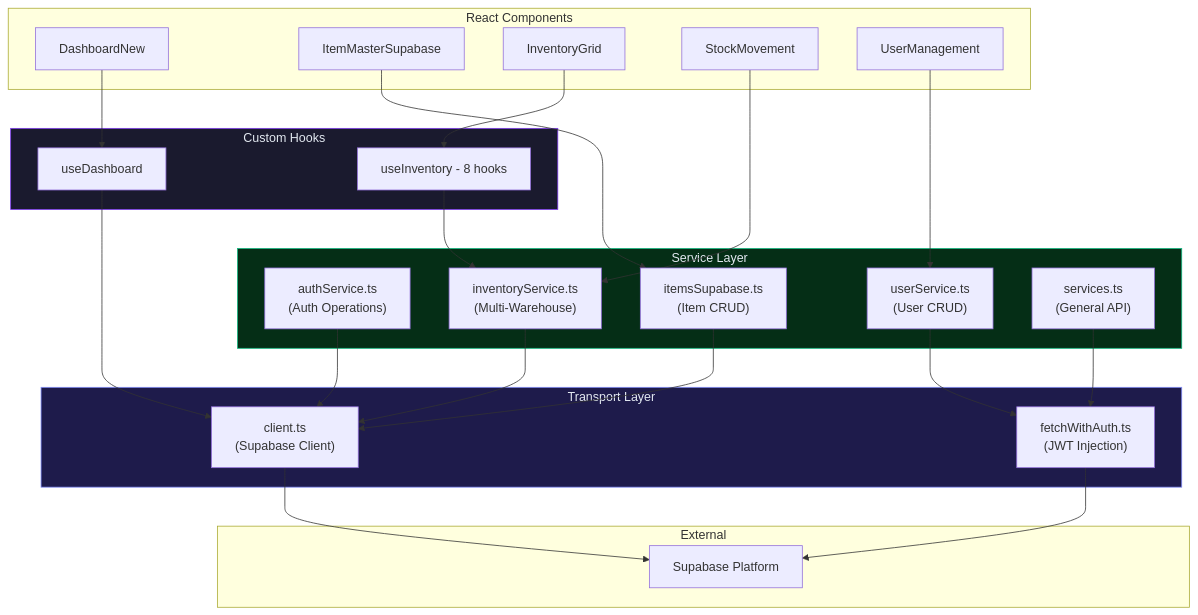
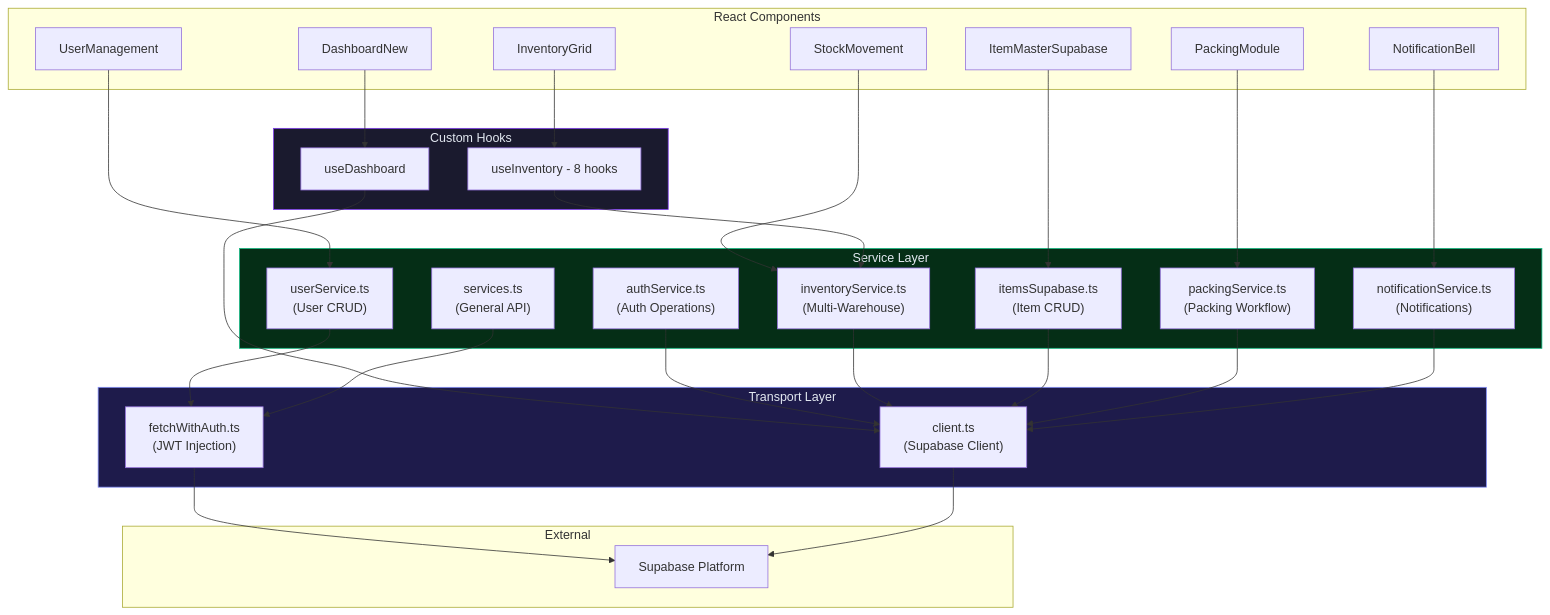
One commit to AutoCrat-Engineers/WarehouseManagementSystem changed the diagram in docs/architecture/05-SERVICE-LAYER.md. Above: the diagram before and after it, drawn with Mermaid. The commit also changed other lines of this file and 16 other files, not shown here.

Commit message:
docs(v0.3.2): update README, architecture docs with Packing Module, Notifications, and version bump

````diff
--- a/docs/architecture/05-SERVICE-LAYER.md
+++ b/docs/architecture/05-SERVICE-LAYER.md
@@ -9,53 +9,61 @@
 ```mermaid
 graph TD
     subgraph COMPONENTS["React Components"]
         C1[DashboardNew]
         C2[ItemMasterSupabase]
         C3[InventoryGrid]
         C4[StockMovement]
         C5[UserManagement]
+        C6[PackingModule]
+        C7[NotificationBell]
     end
 
     subgraph HOOKS["Custom Hooks"]
         H1[useDashboard]
         H2[useInventory - 8 hooks]
     end
 
     subgraph SERVICES["Service Layer"]
         S1["authService.ts<br/>(Auth Operations)"]
         S2["userService.ts<br/>(User CRUD)"]
         S3["inventoryService.ts<br/>(Multi-Warehouse)"]
         S4["itemsSupabase.ts<br/>(Item CRUD)"]
         S5["services.ts<br/>(General API)"]
+        S6["packingService.ts<br/>(Packing Workflow)"]
+        S7["notificationService.ts<br/>(Notifications)"]
     end
 
     subgraph TRANSPORT["Transport Layer"]
         T1["fetchWithAuth.ts<br/>(JWT Injection)"]
         T2["client.ts<br/>(Supabase Client)"]
     end
 
     subgraph EXTERNAL["External"]
         SB["Supabase Platform"]
     end
 
     C1 --> H1
     C3 --> H2
     C2 --> S4
     C4 --> S3
     C5 --> S2
+    C6 --> S6
+    C7 --> S7
 
     H1 --> T2
     H2 --> S3
     S1 --> T2
     S2 --> T1
     S3 --> T2
     S4 --> T2
     S5 --> T1
+    S6 --> T2
+    S7 --> T2
 
     T1 --> SB
     T2 --> SB
 
     style SERVICES fill:#052e16,stroke:#10b981,color:#e2e8f0
     style HOOKS fill:#1a1a2e,stroke:#7c3aed,color:#e2e8f0
     style TRANSPORT fill:#1e1b4b,stroke:#818cf8,color:#e2e8f0
 ```
````
